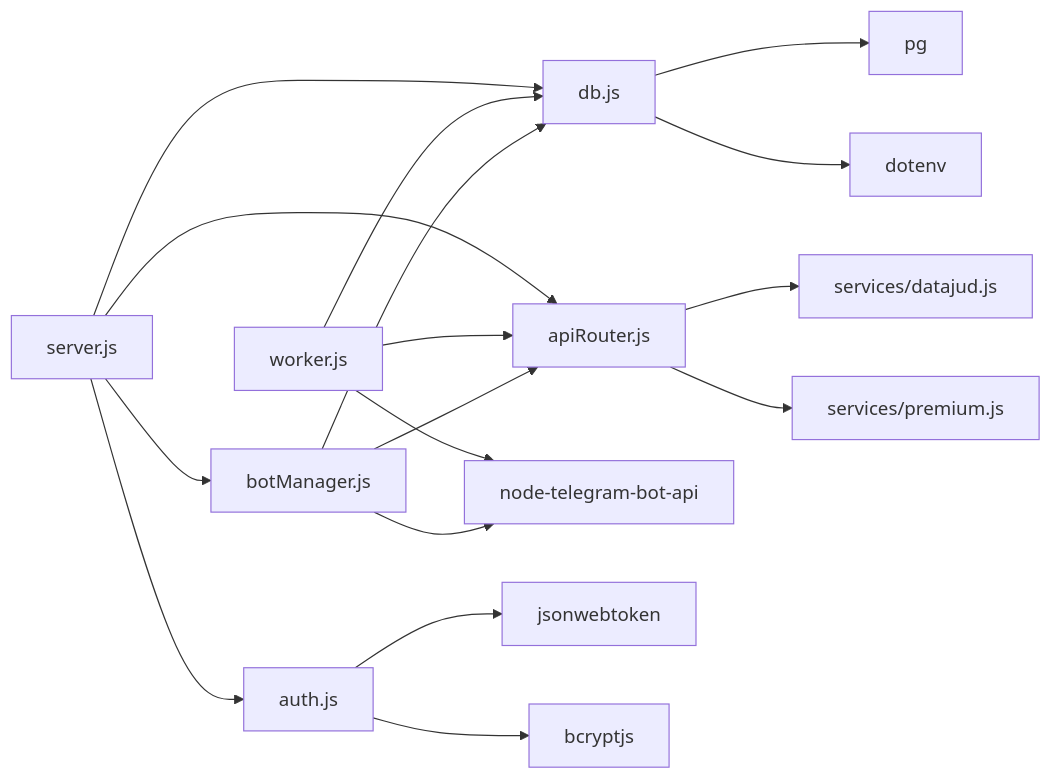
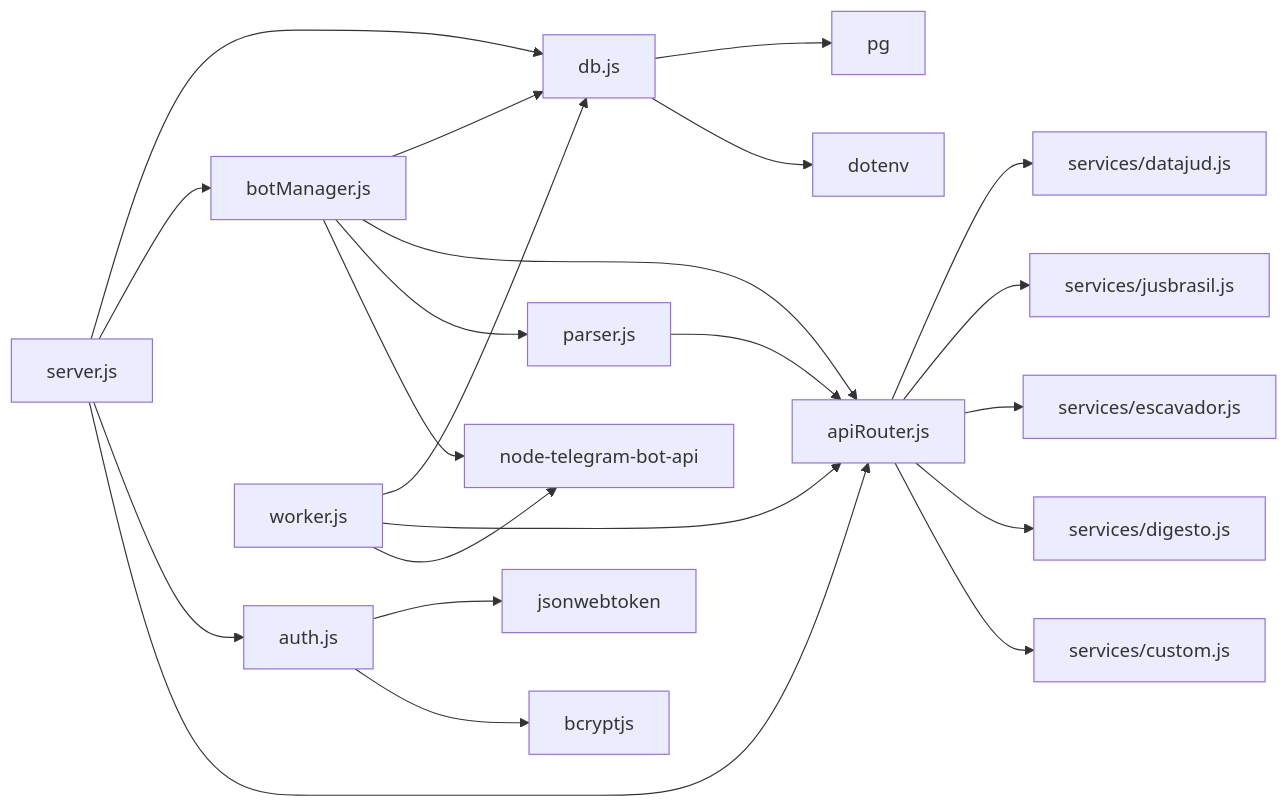
The ninth of 9 diagrams in .qoder/repowiki/en/content/Architecture Overview/System Components.md (Alexandrexicara/bot-processos), drawn with Mermaid before and after one commit. The commit also changed other lines of this file and 10 other files, not shown here.

````diff
--- a/.qoder/repowiki/en/content/Architecture Overview/System Components.md
+++ b/.qoder/repowiki/en/content/Architecture Overview/System Components.md
@@ -596,19 +781,24 @@
 ```mermaid
 graph LR
 Server["server.js"] --> DB["db.js"]
 Server --> BotMgr["botManager.js"]
 Server --> Auth["auth.js"]
 Server --> API["apiRouter.js"]
 Worker["worker.js"] --> DB
 Worker --> API
 Worker --> Telegram["node-telegram-bot-api"]
 BotMgr --> DB
 BotMgr --> API
+BotMgr --> Parser["parser.js"]
 BotMgr --> Telegram
 API --> DataJud["services/datajud.js"]
-API --> Premium["services/premium.js"]
+API --> Jusbrasil["services/jusbrasil.js"]
+API --> Escavador["services/escavador.js"]
+API --> Digesto["services/digesto.js"]
+API --> Custom["services/custom.js"]
+Parser --> API
 Auth --> JWT["jsonwebtoken"]
 Auth --> Bcrypt["bcryptjs"]
 DB --> PG["pg"]
 DB --> Dotenv["dotenv"]
 ```
````
